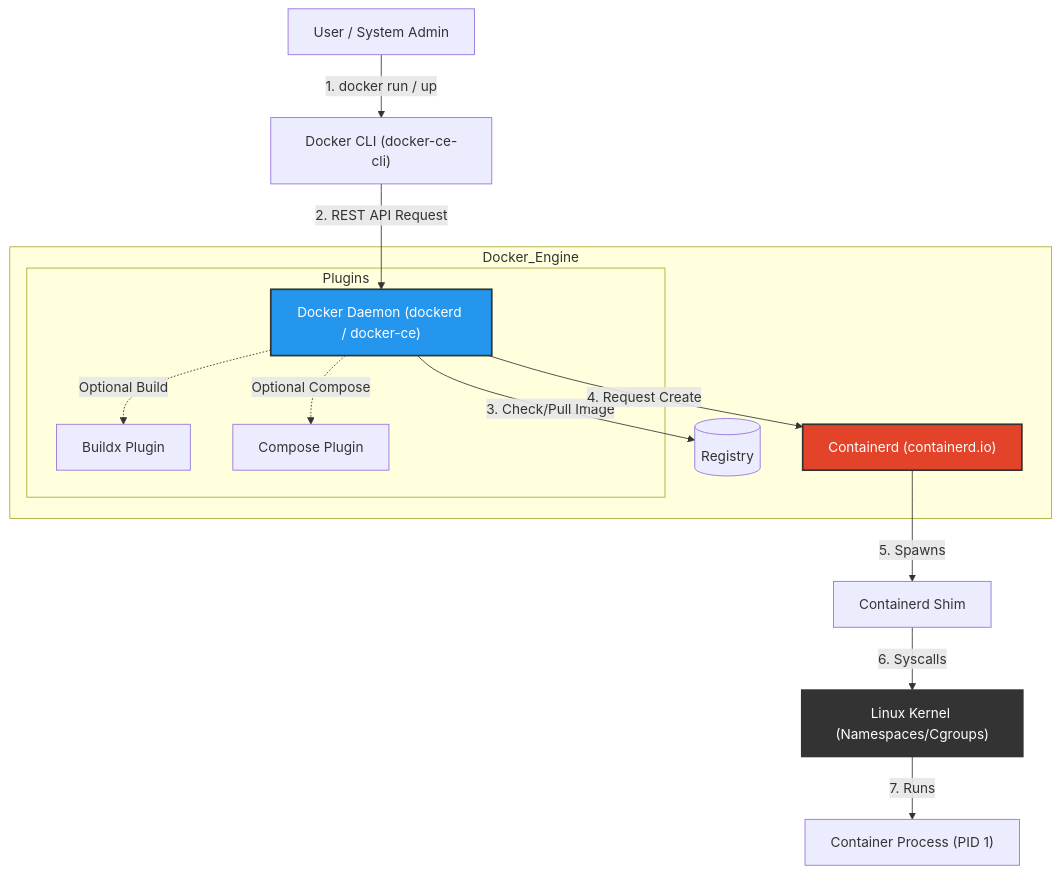
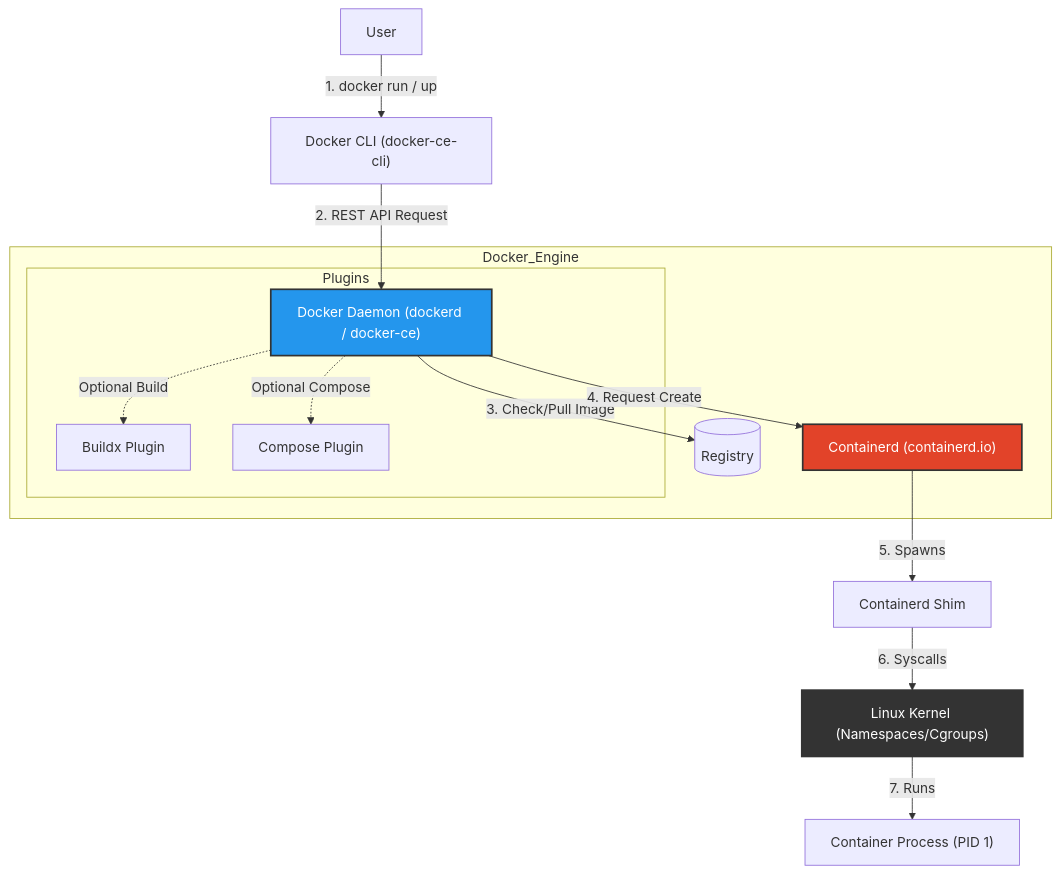
One commit to codeduy/devops-labs changed the first of 3 diagrams in Docker/diagrams.md. Above: the diagram before and after it, drawn with Mermaid. The commit also changed other lines of this file, not shown here.

````diff
--- a/Docker/diagrams.md
+++ b/Docker/diagrams.md
@@ -1,23 +1,23 @@
 ```mermaid
 graph TD
-    User["User / System Admin"] -->|"1. docker run / up"| CLI["Docker CLI (docker-ce-cli)"]
+    User["User"] -->|"1. docker run / up"| CLI["Docker CLI (docker-ce-cli)"]
     CLI -->|"2. REST API Request"| Daemon["Docker Daemon (dockerd / docker-ce)"]
     
     subgraph Docker_Engine
         Daemon -->|"3. Check/Pull Image"| ImageRegistry[("Registry")]
         Daemon -->|"4. Request Create"| Containerd["Containerd (containerd.io)"]
         
         subgraph Plugins
             Daemon -.->|"Optional Build"| Buildx["Buildx Plugin"]
             Daemon -.->|"Optional Compose"| Compose["Compose Plugin"]
         end
     end
     
     Containerd -->|"5. Spawns"| Shim["Containerd Shim"]
     Shim -->|"6. Syscalls"| Kernel["Linux Kernel (Namespaces/Cgroups)"]
     Kernel -->|"7. Runs"| Process["Container Process (PID 1)"]
 
     style Daemon fill:#2496ed,stroke:#333,stroke-width:2px,color:white
     style Containerd fill:#e24329,stroke:#333,stroke-width:2px,color:white
     style Kernel fill:#333,stroke:#333,stroke-width:2px,color:white
 ```
````
